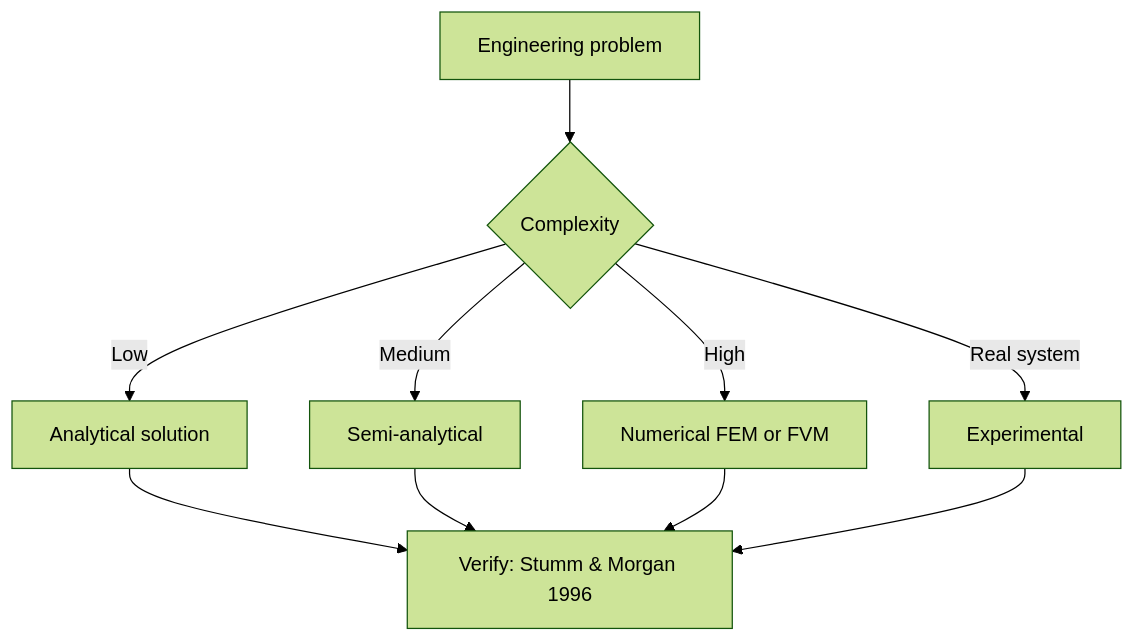
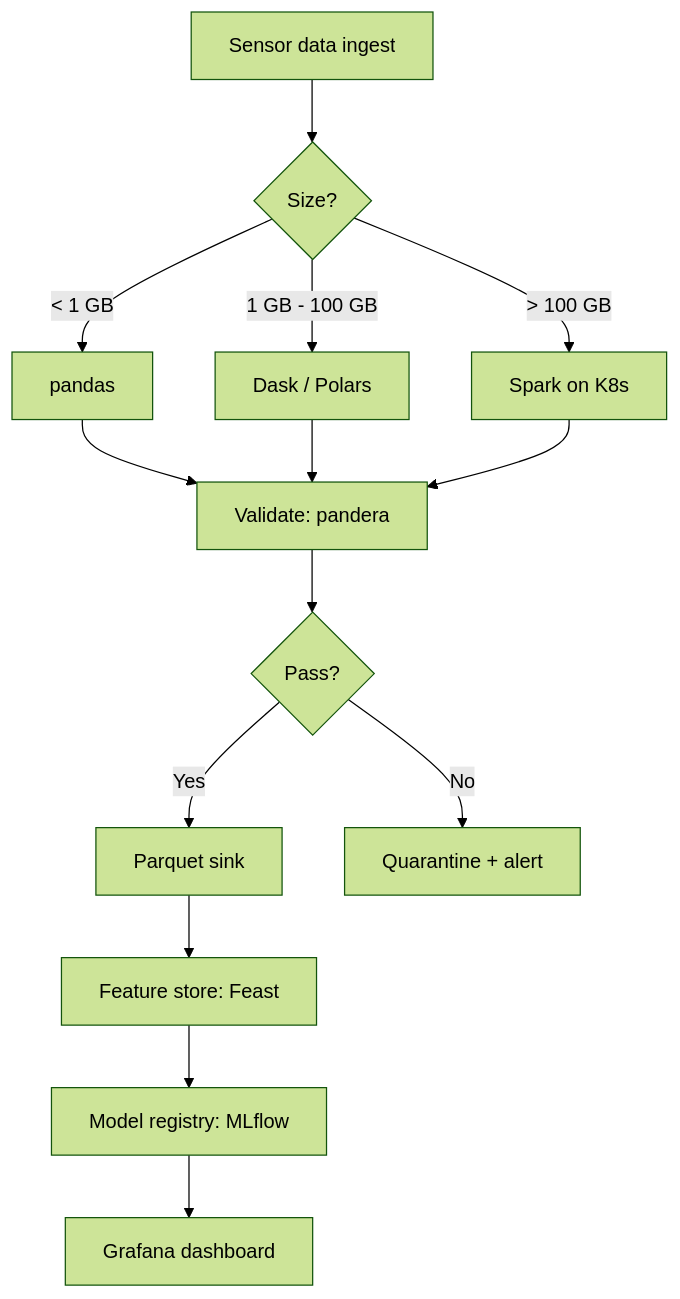
One commit to yip-lgtm/civil-bootcamp changed the first of 5 diagrams in MIT_CEE_MEng_SMD/15_1.001_Engineering_Computation_and_Data_Science.md. Above: the diagram before and after it, drawn with Mermaid (forest theme). The commit also changed other lines of this file and 12 other files, not shown here.

First line of the commit message:
LLM enrichment: 13 courses enhanced with real scholars, sources, diagrams

````diff
--- a/MIT_CEE_MEng_SMD/15_1.001_Engineering_Computation_and_Data_Science.md
+++ b/MIT_CEE_MEng_SMD/15_1.001_Engineering_Computation_and_Data_Science.md
@@ -465,12 +242,16 @@
 ```mermaid
 flowchart TD
-    A[Engineering problem] --> B{Complexity}
-    B -->|Low| C[Analytical solution]
-    B -->|Medium| D[Semi-analytical]
-    B -->|High| E[Numerical FEM or FVM]
-    B -->|Real system| F[Experimental]
-    C --> G[Verify: Stumm & Morgan 1996]
-    D --> G
-    E --> G
-    F --> G
+    A[Sensor data ingest] --> B{Size?}
+    B -->|< 1 GB| C[pandas]
+    B -->|1 GB - 100 GB| D[Dask / Polars]
+    B -->|> 100 GB| E[Spark on K8s]
+    C --> F[Validate: pandera]
+    D --> F
+    E --> F
+    F --> G{Pass?}
+    G -->|Yes| H[Parquet sink]
+    G -->|No| I[Quarantine + alert]
+    H --> J[Feature store: Feast]
+    J --> K[Model registry: MLflow]
+    K --> L[Grafana dashboard]
 ```
````
